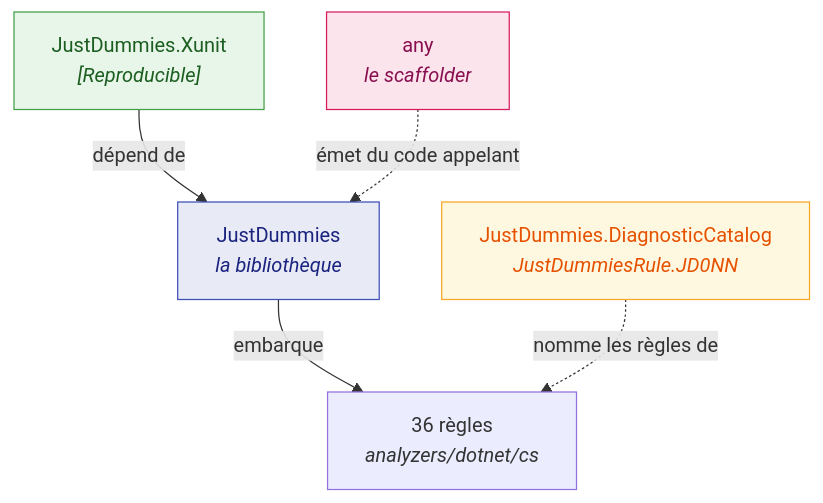
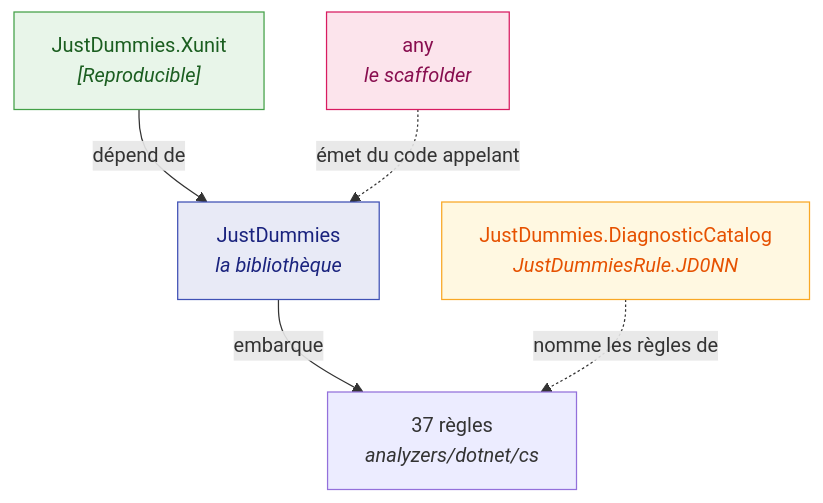
One commit to Reefact/just-dummies changed the diagram in doc/handwritten/for-users/packages/README.fr.md. Above: the diagram before and after it, drawn with Mermaid. The commit also changed other lines of this file and 46 other files, not shown here.

First line of the commit message:
feat(analyzers,catalog): add JD037 for a draw inside As or Combine

````diff
--- a/doc/handwritten/for-users/packages/README.fr.md
+++ b/doc/handwritten/for-users/packages/README.fr.md
@@ -19,14 +19,14 @@
 ```mermaid
 flowchart TD
     accTitle: Comment les quatre paquets s'articulent
-    accDescr: JustDummies, la bibliothèque, embarque les 36 règles sous analyzers/dotnet/cs. JustDummies.Xunit dépend de la bibliothèque. JustDummies.DiagnosticCatalog nomme ces règles sans en dépendre, et any, le scaffolder, émet du code appelant la bibliothèque.
-    L["JustDummies<br/><i>la bibliothèque</i>"] -->|"embarque"| A["36 règles<br/><i>analyzers/dotnet/cs</i>"]
+    accDescr: JustDummies, la bibliothèque, embarque les 37 règles sous analyzers/dotnet/cs. JustDummies.Xunit dépend de la bibliothèque. JustDummies.DiagnosticCatalog nomme ces règles sans en dépendre, et any, le scaffolder, émet du code appelant la bibliothèque.
+    L["JustDummies<br/><i>la bibliothèque</i>"] -->|"embarque"| A["37 règles<br/><i>analyzers/dotnet/cs</i>"]
     X["JustDummies.Xunit<br/><i>[Reproducible]</i>"] -->|"dépend de"| L
     C["JustDummies.DiagnosticCatalog<br/><i>JustDummiesRule.JD0NN</i>"]
     C -.->|"nomme les règles de"| A
     D["any<br/><i>le scaffolder</i>"] -.->|"émet du code appelant"| L
     style L fill:#e8eaf6,stroke:#3f51b5,color:#1a237e
     style X fill:#e8f5e9,stroke:#43a047,color:#1b5e20
     style C fill:#fff8e1,stroke:#f9a825,color:#e65100
     style D fill:#fce4ec,stroke:#d81b60,color:#880e4f
 ```
````
